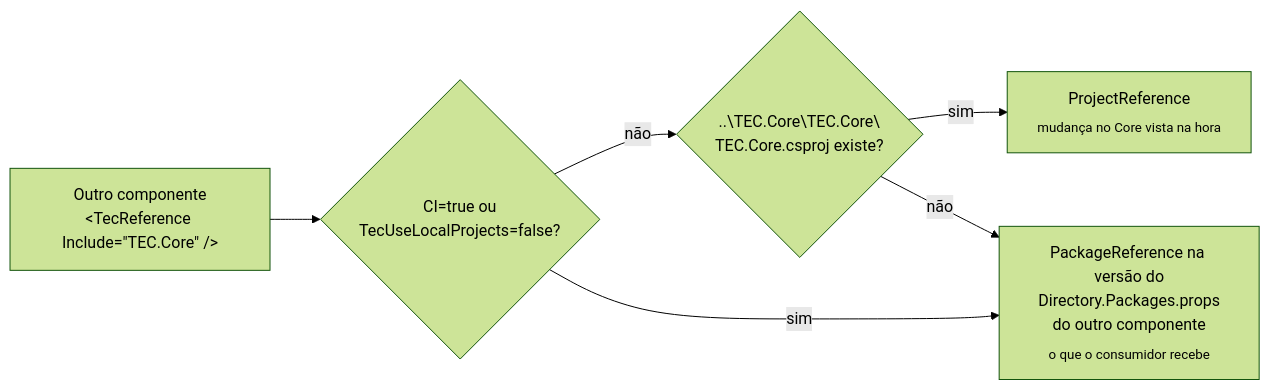
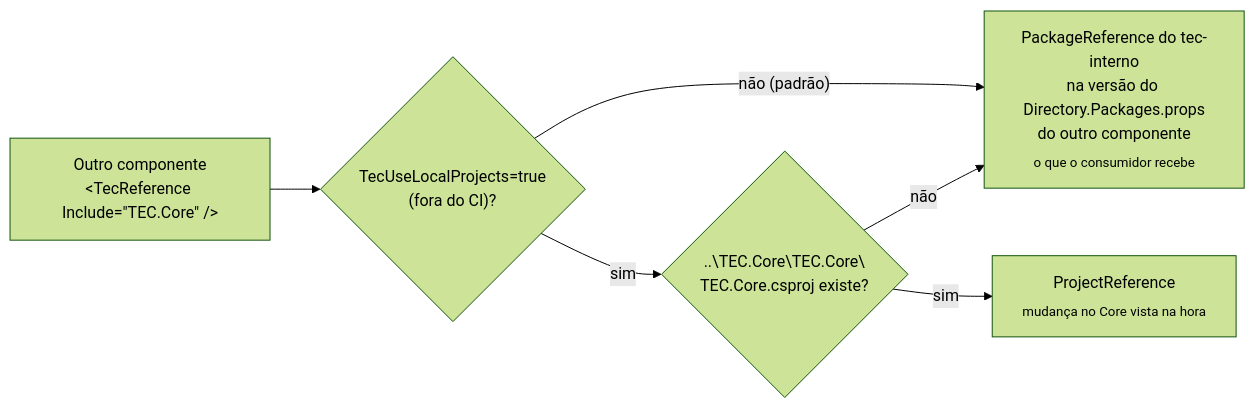
Before and after one commit to tudoemcodigo/lib-tec-core: the first of 2 diagrams in docs/desenvolvimento.md, drawn with Mermaid (forest theme). The commit also changed other lines of this file and 2 other files, not shown here.

First line of the commit message:
Sincroniza o template do tec-workflows v1.2.0 (#2)

````diff
--- a/docs/desenvolvimento.md
+++ b/docs/desenvolvimento.md
@@ -37,8 +37,8 @@
 ```mermaid
 flowchart LR
-    CSPROJ["Outro componente<br/>&lt;TecReference Include=&quot;TEC.Core&quot; /&gt;"] --> Q{"CI=true ou<br/>TecUseLocalProjects=false?"}
-    Q -- não --> E{"..\TEC.Core\TEC.Core\<br/>TEC.Core.csproj existe?"}
+    CSPROJ["Outro componente<br/>&lt;TecReference Include=&quot;TEC.Core&quot; /&gt;"] --> Q{"TecUseLocalProjects=true<br/>(fora do CI)?"}
+    Q -- "não (padrão)" --> PK["PackageReference do tec-interno<br/>na versão do Directory.Packages.props<br/>do outro componente<br/><sub>o que o consumidor recebe</sub>"]
+    Q -- sim --> E{"..\TEC.Core\TEC.Core\<br/>TEC.Core.csproj existe?"}
     E -- sim --> PR["ProjectReference<br/><sub>mudança no Core vista na hora</sub>"]
     E -- não --> PK
-    Q -- sim --> PK["PackageReference na versão do<br/>Directory.Packages.props<br/>do outro componente<br/><sub>o que o consumidor recebe</sub>"]
 ```
````
